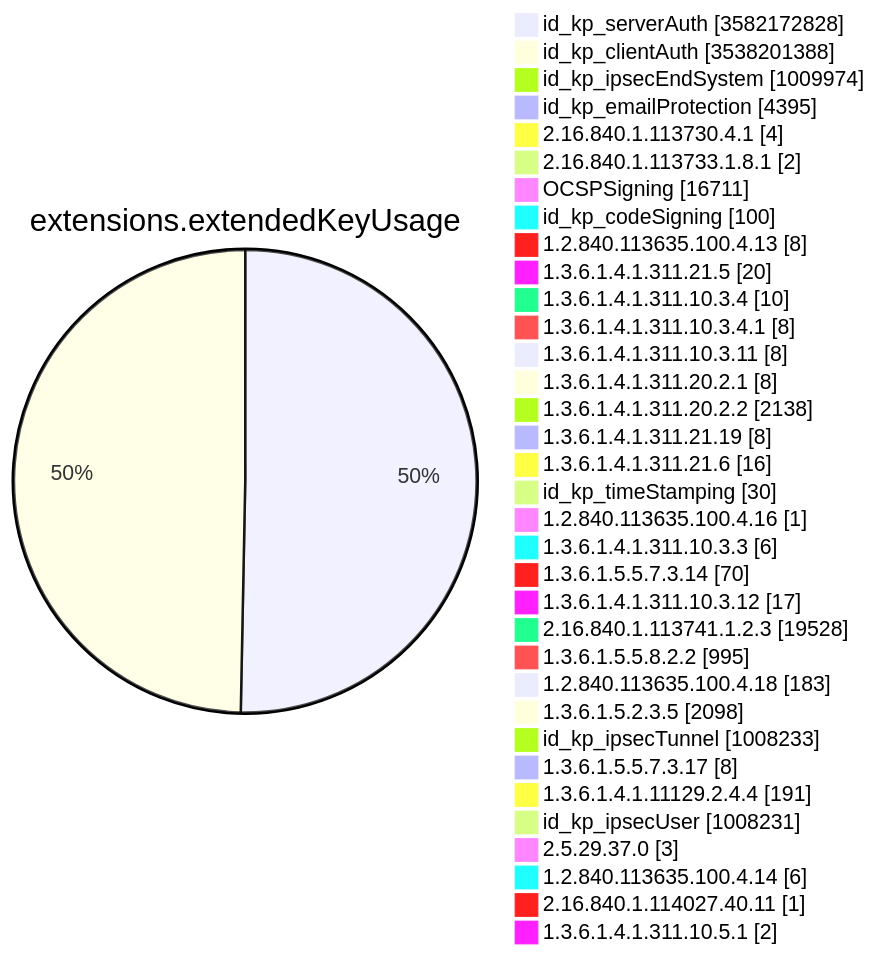
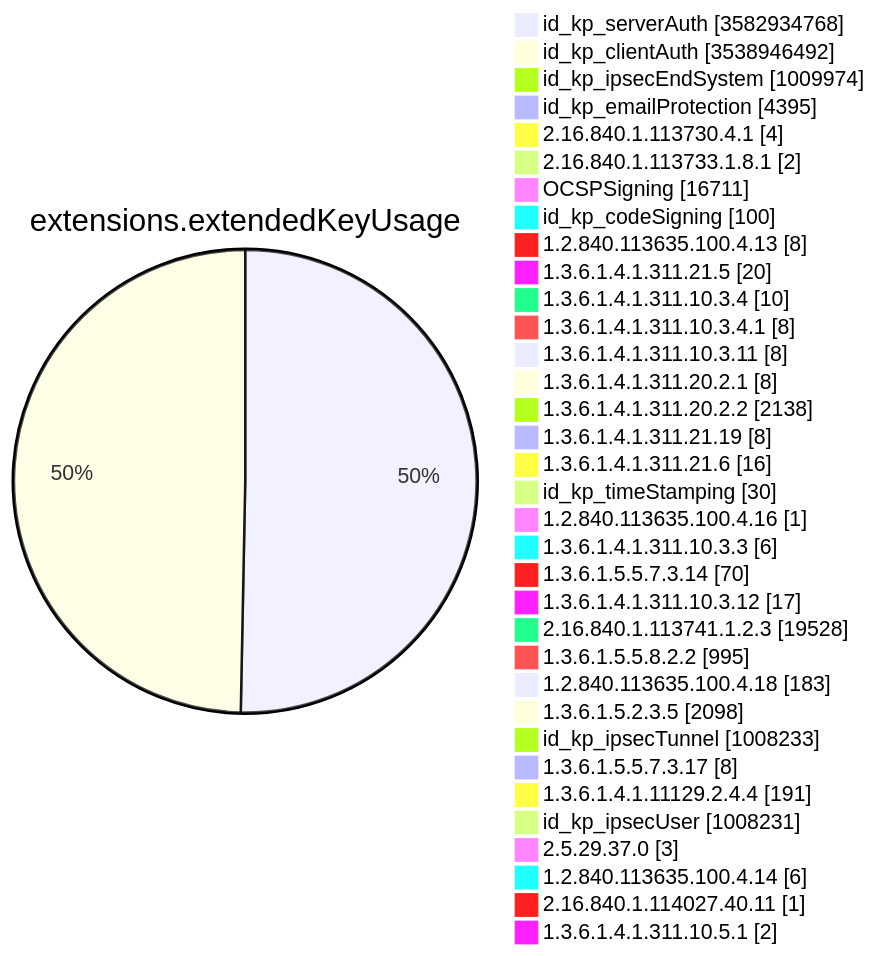
Diagram 11 of 15 in TOTAL/README.md (christiankrug/ctmonitor_visualization), drawn with Mermaid before and after one commit. The commit also changed other lines of this file, not shown here.

````diff
--- a/TOTAL/README.md
+++ b/TOTAL/README.md
@@ -4128,38 +4128,38 @@
 ```mermaid
 pie showData
 title extensions.extendedKeyUsage
-"id_kp_serverAuth" :3582172828
-"id_kp_clientAuth" :3538201388
+"id_kp_serverAuth" :3582934768
+"id_kp_clientAuth" :3538946492
 "id_kp_ipsecEndSystem" :1009974
 "id_kp_emailProtection" :4395
 "2.16.840.1.113730.4.1" :4
 "2.16.840.1.113733.1.8.1" :2
 "OCSPSigning" :16711
 "id_kp_codeSigning" :100
 "1.2.840.113635.100.4.13" :8
 "1.3.6.1.4.1.311.21.5" :20
 "1.3.6.1.4.1.311.10.3.4" :10
 "1.3.6.1.4.1.311.10.3.4.1" :8
 "1.3.6.1.4.1.311.10.3.11" :8
 "1.3.6.1.4.1.311.20.2.1" :8
 "1.3.6.1.4.1.311.20.2.2" :2138
 "1.3.6.1.4.1.311.21.19" :8
 "1.3.6.1.4.1.311.21.6" :16
 "id_kp_timeStamping" :30
 "1.2.840.113635.100.4.16" :1
 "1.3.6.1.4.1.311.10.3.3" :6
 "1.3.6.1.5.5.7.3.14" :70
 "1.3.6.1.4.1.311.10.3.12" :17
 "2.16.840.1.113741.1.2.3" :19528
 "1.3.6.1.5.5.8.2.2" :995
 "1.2.840.113635.100.4.18" :183
 "1.3.6.1.5.2.3.5" :2098
 "id_kp_ipsecTunnel" :1008233
 "1.3.6.1.5.5.7.3.17" :8
 "1.3.6.1.4.1.11129.2.4.4" :191
 "id_kp_ipsecUser" :1008231
 "2.5.29.37.0" :3
 "1.2.840.113635.100.4.14" :6
 "2.16.840.1.114027.40.11" :1
 "1.3.6.1.4.1.311.10.5.1" :2
 ```
````
